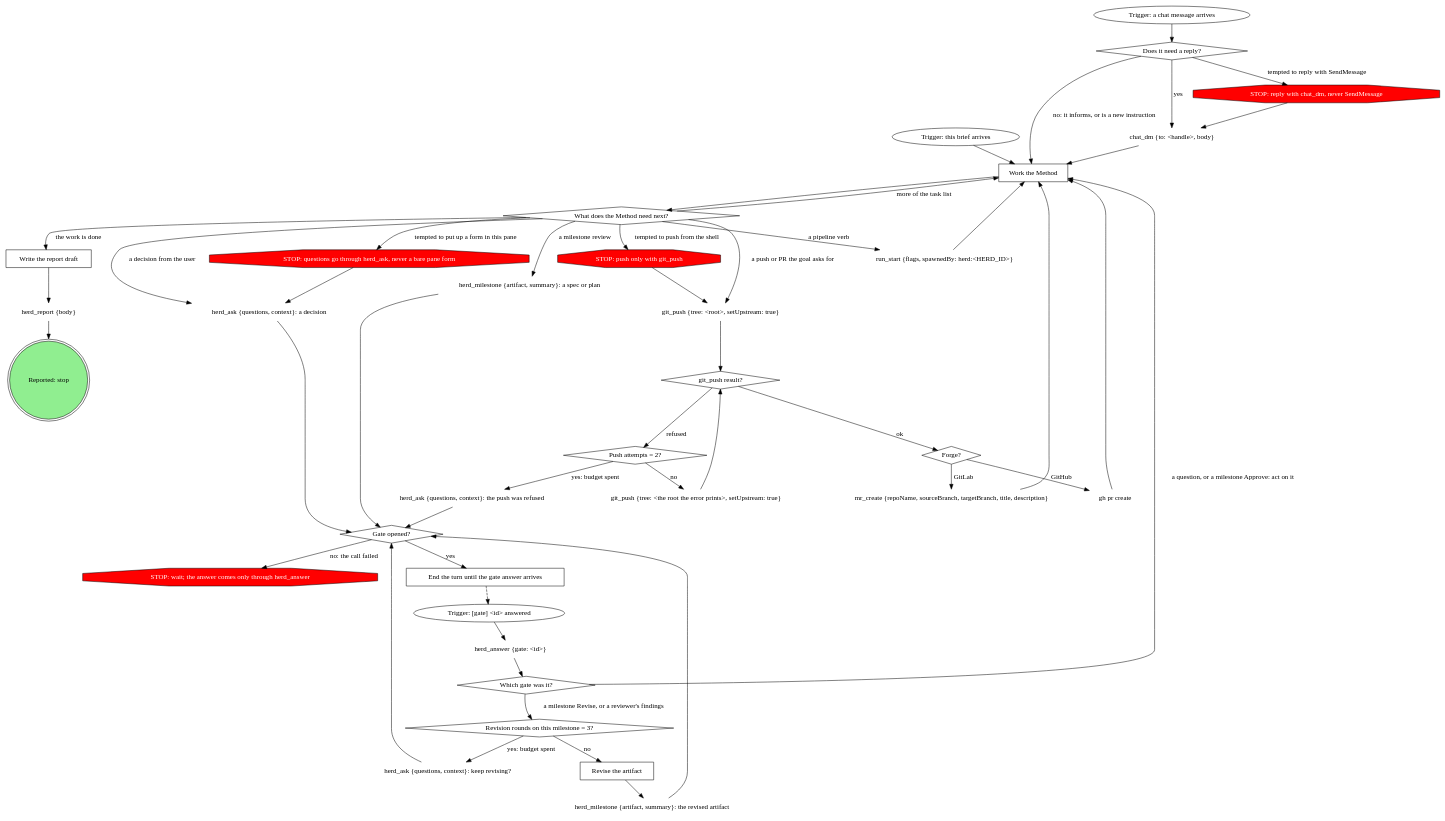
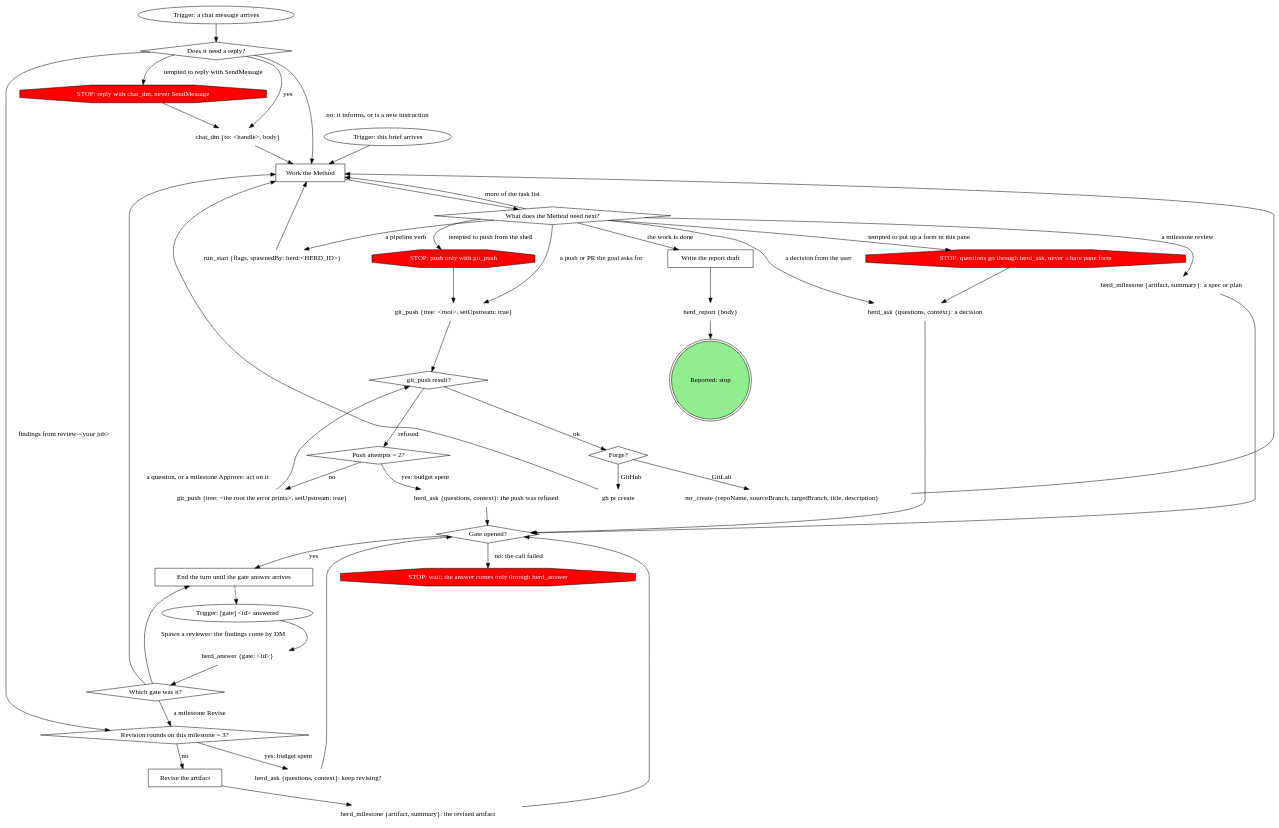
Before and after one commit to m4ttstack/skills: the diagram in attachments/orchestration/shepherdr/references/job-template.md, drawn with Graphviz. The commit also changed other lines of this file and 3 other files, not shown here.

```diff
--- a/attachments/orchestration/shepherdr/references/job-template.md
+++ b/attachments/orchestration/shepherdr/references/job-template.md
@@ -110,13 +110,15 @@
     "Trigger: [gate] <id> answered" -> "herd_answer {gate: <id>}";
     "herd_answer {gate: <id>}" -> "Which gate was it?";
     "Which gate was it?" -> "Work the Method" [label="a question, or a milestone Approve: act on it"];
-    "Which gate was it?" -> "Revision rounds on this milestone = 3?" [label="a milestone Revise, or a reviewer's findings"];
+    "Which gate was it?" -> "Revision rounds on this milestone = 3?" [label="a milestone Revise"];
+    "Which gate was it?" -> "End the turn until the gate answer arrives" [label="Spawn a reviewer: the findings come by DM"];
     "Revision rounds on this milestone = 3?" -> "Revise the artifact" [label="no"];
     "Revision rounds on this milestone = 3?" -> "herd_ask {questions, context}: keep revising?" [label="yes: budget spent"];
     "Revise the artifact" -> "herd_milestone {artifact, summary}: the revised artifact";
     "Trigger: a chat message arrives" -> "Does it need a reply?";
     "Does it need a reply?" -> "chat_dm {to: <handle>, body}" [label="yes"];
     "Does it need a reply?" -> "Work the Method" [label="no: it informs, or is a new instruction"];
+    "Does it need a reply?" -> "Revision rounds on this milestone = 3?" [label="findings from review-<your job>"];
     "Does it need a reply?" -> "STOP: reply with chat_dm, never SendMessage" [label="tempted to reply with SendMessage"];
     "STOP: reply with chat_dm, never SendMessage" -> "chat_dm {to: <handle>, body}";
     "chat_dm {to: <handle>, body}" -> "Work the Method";
```
